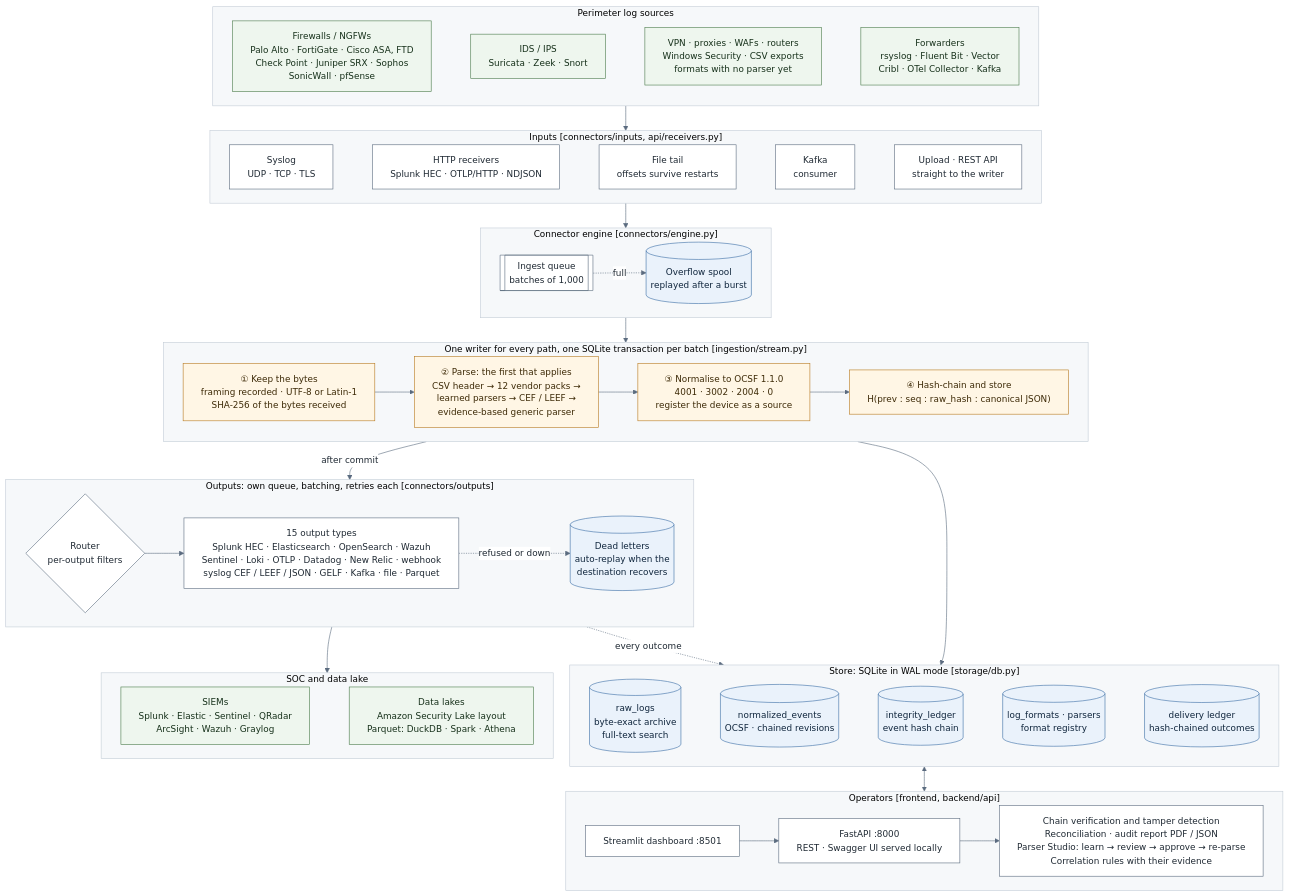
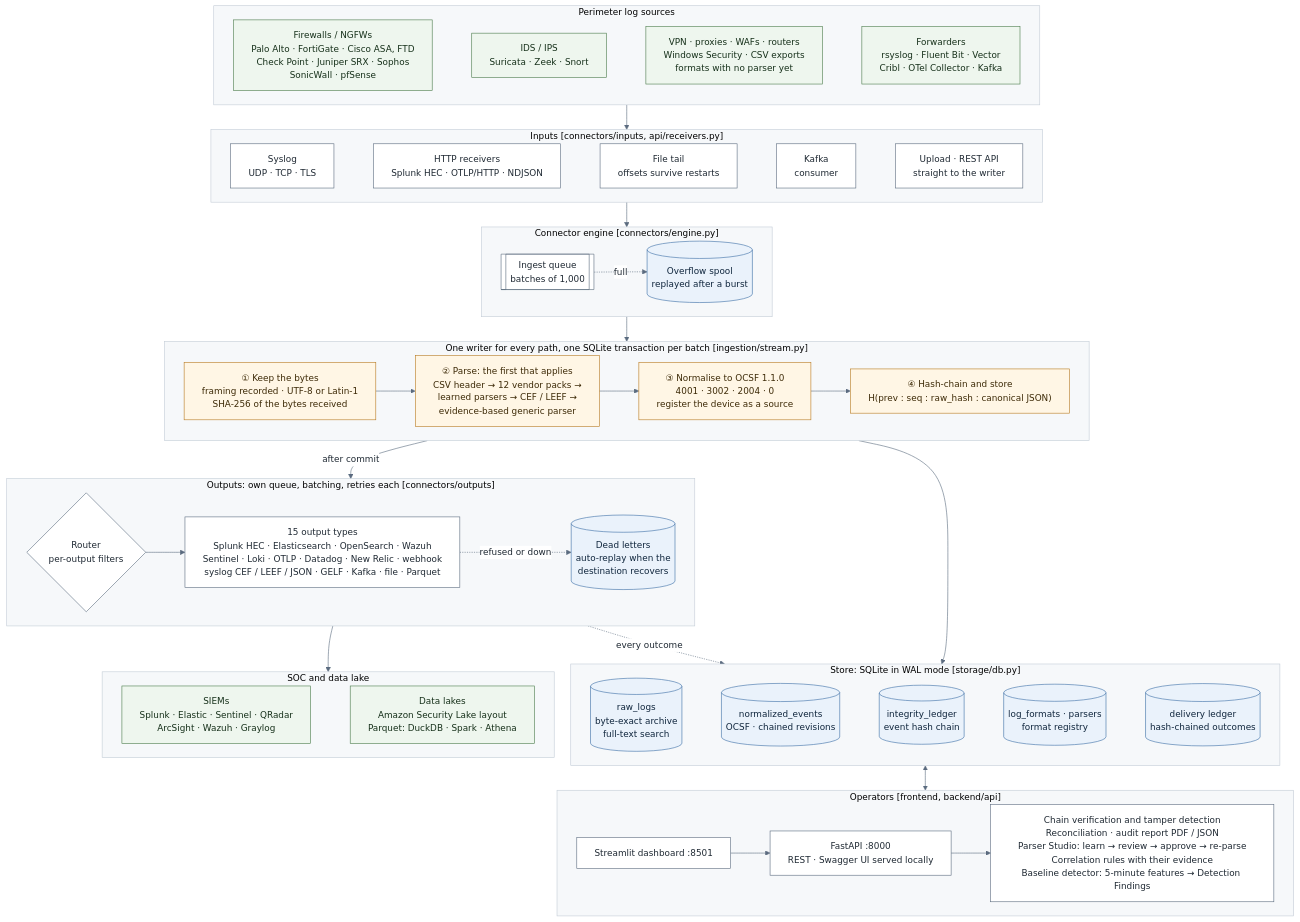
The diagram in docs/diagrams/architecture.mmd (VengefulSpartan/ULPF), drawn with Mermaid before and after one commit. The commit also changed 29 other files, not shown here.

First line of the commit message:
Make the data ML-ready and ship a baseline detector that writes chained findings

```diff
--- a/docs/diagrams/architecture.mmd
+++ b/docs/diagrams/architecture.mmd
@@ -1,89 +1,89 @@
 %%{init: {"theme": "base", "themeVariables": {"fontFamily": "Helvetica, Arial, sans-serif", "fontSize": "15px", "primaryColor": "#ffffff", "primaryBorderColor": "#5b6b7f", "primaryTextColor": "#1f2933", "lineColor": "#5b6b7f", "clusterBkg": "#f6f8fa", "clusterBorder": "#c3ccd6"}, "flowchart": {"curve": "basis", "nodeSpacing": 28, "rankSpacing": 42, "wrappingWidth": 420}}}%%
 flowchart TB
   %% TRACELOG architecture. Rendered copies: docs/diagrams/architecture.svg and .png
   %% Every box is code in this repository; the folder is in brackets.
 
   subgraph SRC["Perimeter log sources"]
     direction LR
     FW["Firewalls / NGFWs<br/>Palo Alto · FortiGate · Cisco ASA, FTD<br/>Check Point · Juniper SRX · Sophos<br/>SonicWall · pfSense"]
     IDS["IDS / IPS<br/>Suricata · Zeek · Snort"]
     MISC["VPN · proxies · WAFs · routers<br/>Windows Security · CSV exports<br/>formats with no parser yet"]
     FWD["Forwarders<br/>rsyslog · Fluent Bit · Vector<br/>Cribl · OTel Collector · Kafka"]
     FW ~~~ IDS ~~~ MISC ~~~ FWD
   end
 
   subgraph IN["Inputs  [connectors/inputs, api/receivers.py]"]
     direction LR
     SYS["Syslog<br/>UDP · TCP · TLS"]
     HTTP["HTTP receivers<br/>Splunk HEC · OTLP/HTTP · NDJSON"]
     TAIL["File tail<br/>offsets survive restarts"]
     KAF["Kafka<br/>consumer"]
     UP["Upload · REST API<br/>straight to the writer"]
     SYS ~~~ HTTP ~~~ TAIL ~~~ KAF ~~~ UP
   end
 
   subgraph ENG["Connector engine  [connectors/engine.py]"]
     direction LR
     Q[["Ingest queue<br/>batches of 1,000"]]
     SPOOL[("Overflow spool<br/>replayed after a burst")]
     Q -. "full" .-> SPOOL
   end
 
   subgraph CORE["One writer for every path, one SQLite transaction per batch  [ingestion/stream.py]"]
     direction LR
     KEEP["① Keep the bytes<br/>framing recorded · UTF-8 or Latin-1<br/>SHA-256 of the bytes received"]
     PARSE["② Parse: the first that applies<br/>CSV header → 12 vendor packs →<br/>learned parsers → CEF / LEEF →<br/>evidence-based generic parser"]
     NORM["③ Normalise to OCSF 1.1.0<br/>4001 · 3002 · 2004 · 0<br/>register the device as a source"]
     LINK["④ Hash-chain and store<br/>H(prev : seq : raw_hash : canonical JSON)"]
     KEEP --> PARSE --> NORM --> LINK
   end
 
   subgraph DB["Store: SQLite in WAL mode  [storage/db.py]"]
     direction LR
     RAW[("raw_logs<br/>byte-exact archive<br/>full-text search")]
     EVT[("normalized_events<br/>OCSF · chained revisions")]
     LED[("integrity_ledger<br/>event hash chain")]
     FMT[("log_formats · parsers<br/>format registry")]
     DLED[("delivery ledger<br/>hash-chained outcomes")]
     RAW ~~~ EVT ~~~ LED ~~~ FMT ~~~ DLED
   end
 
   subgraph OUT["Outputs: own queue, batching, retries each  [connectors/outputs]"]
     direction LR
     ROUTER{"Router<br/>per-output filters"}
     SINKS["15 output types<br/>Splunk HEC · Elasticsearch · OpenSearch · Wazuh<br/>Sentinel · Loki · OTLP · Datadog · New Relic · webhook<br/>syslog CEF / LEEF / JSON · GELF · Kafka · file · Parquet"]
     DL[("Dead letters<br/>auto-replay when the<br/>destination recovers")]
     ROUTER --> SINKS
     SINKS -. "refused or down" .-> DL
   end
 
   subgraph DEST["SOC and data lake"]
     direction LR
     SIEM["SIEMs<br/>Splunk · Elastic · Sentinel · QRadar<br/>ArcSight · Wazuh · Graylog"]
     LAKE["Data lakes<br/>Amazon Security Lake layout<br/>Parquet: DuckDB · Spark · Athena"]
     SIEM ~~~ LAKE
   end
 
   subgraph OPS["Operators  [frontend, backend/api]"]
     direction LR
     DASH["Streamlit dashboard :8501"]
     API["FastAPI :8000<br/>REST · Swagger UI served locally"]
-    SVC["Chain verification and tamper detection<br/>Reconciliation · audit report PDF / JSON<br/>Parser Studio: learn → review → approve → re-parse<br/>Correlation rules with their evidence"]
+    SVC["Chain verification and tamper detection<br/>Reconciliation · audit report PDF / JSON<br/>Parser Studio: learn → review → approve → re-parse<br/>Correlation rules with their evidence<br/>Baseline detector: 5-minute features → Detection Findings"]
     DASH --> API --> SVC
   end
 
   SRC --> IN
   IN --> ENG
   ENG --> CORE
   CORE --> DB
   CORE -- "after commit" --> OUT
   OUT --> DEST
   OUT -. "every outcome" .-> DB
   DB <--> OPS
 
   classDef store fill:#eaf2fb,stroke:#3b6ea5,color:#10263d
   classDef step fill:#fff6e5,stroke:#b7791f,color:#3d2a07
   classDef ext fill:#eef6ee,stroke:#4a7a4a,color:#16301a
   class RAW,EVT,LED,FMT,DLED,SPOOL,DL store
   class KEEP,PARSE,NORM,LINK step
   class FW,IDS,MISC,FWD,SIEM,LAKE ext
```
